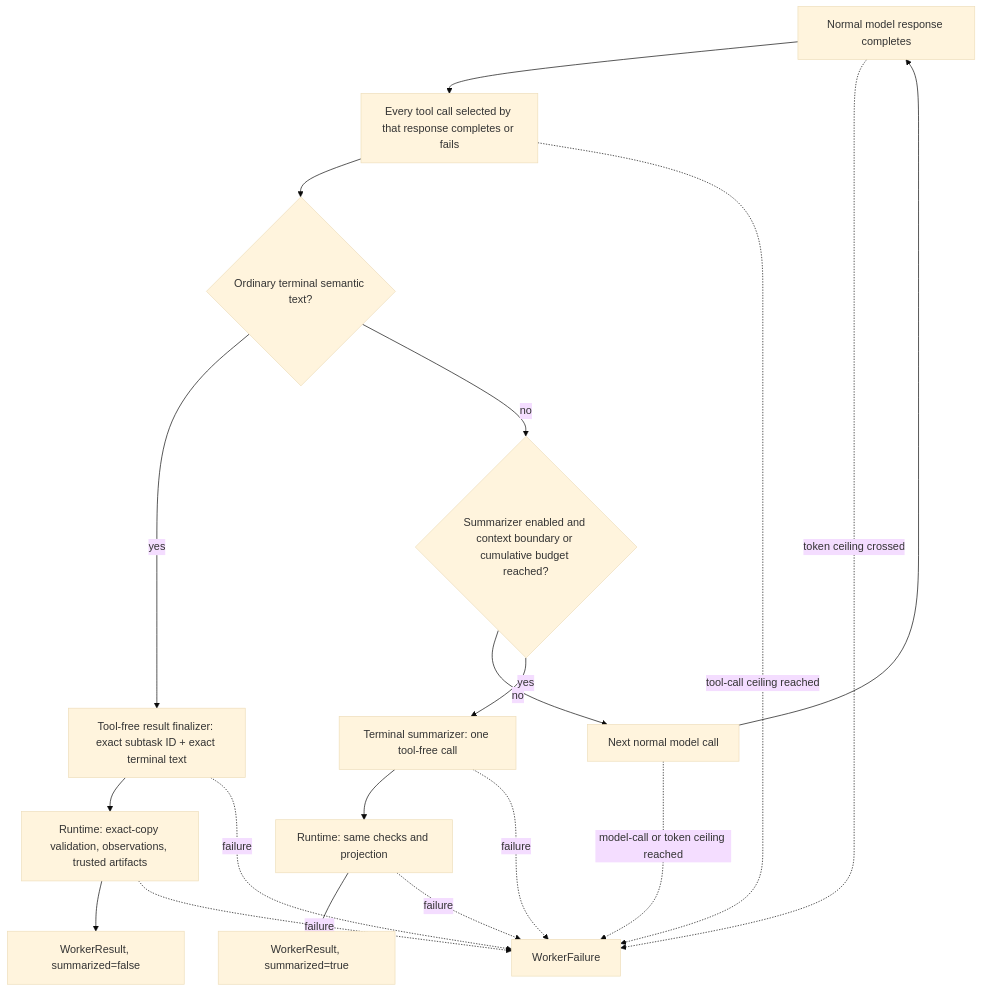
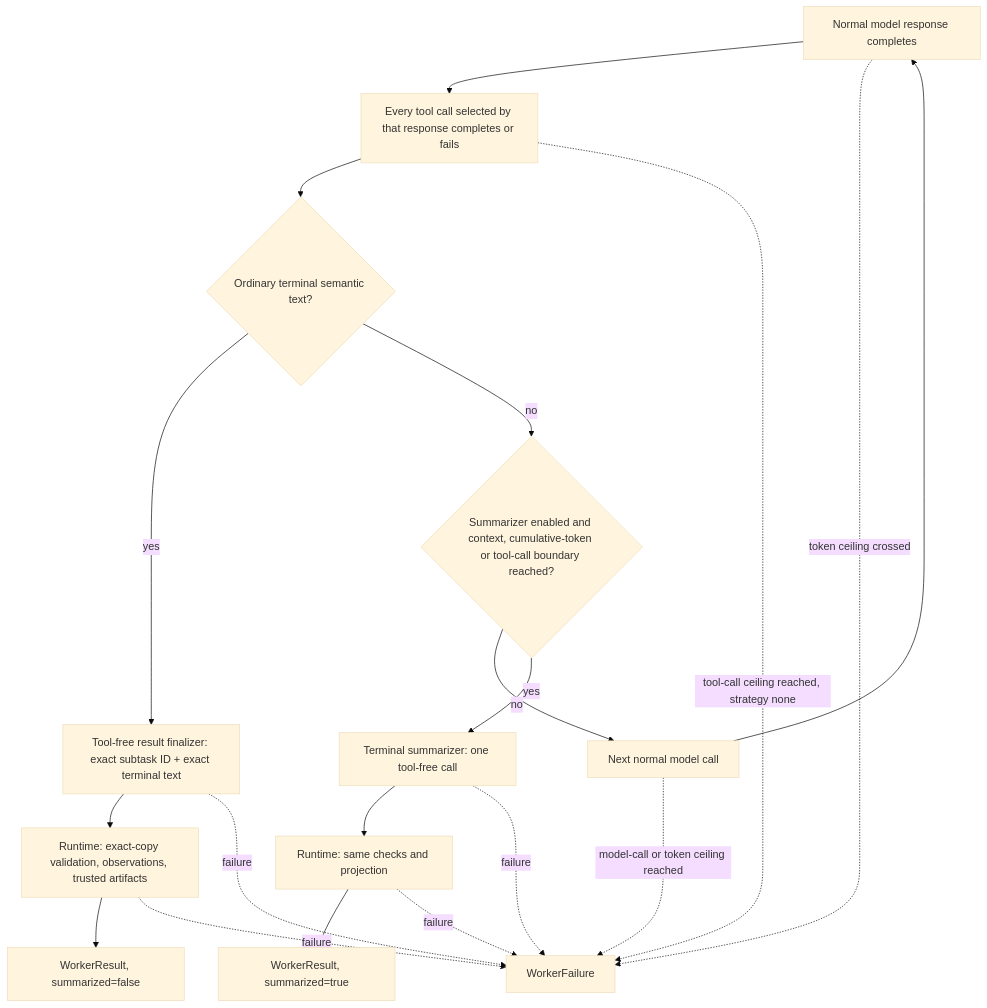
The first of 2 diagrams in docs/spec/execution/worker.md (grauwolf32/contractor), drawn with Mermaid (base theme) before and after one commit. The commit also changed other lines of this file and 21 other files, not shown here.

First line of the commit message:
feat(worker): trigger context management at tool-call limits

````diff
--- a/docs/spec/execution/worker.md
+++ b/docs/spec/execution/worker.md
@@ -121,21 +121,21 @@
 ```mermaid
 flowchart TD
     resp["Normal model response completes"] --> tools["Every tool call selected by that response completes or fails"]
     tools --> text{"Ordinary terminal semantic text?"}
     text -- yes --> fin["Tool-free result finalizer: exact subtask ID + exact terminal text"]
     fin --> val["Runtime: exact-copy validation, observations, trusted artifacts"]
     val --> res1["WorkerResult, summarized=false"]
-    text -- no --> soft{"Summarizer enabled and context boundary or cumulative budget reached?"}
+    text -- no --> soft{"Summarizer enabled and context, cumulative-token or tool-call boundary reached?"}
     soft -- no --> next["Next normal model call"]
     next --> resp
     soft -- yes --> sum["Terminal summarizer: one tool-free call"]
     sum --> val2["Runtime: same checks and projection"]
     val2 --> res2["WorkerResult, summarized=true"]
     resp -.->|"token ceiling crossed"| fail["WorkerFailure"]
-    tools -.->|"tool-call ceiling reached"| fail
+    tools -.->|"tool-call ceiling reached, strategy none"| fail
     next -.->|"model-call or token ceiling reached"| fail
     fin -. failure .-> fail
     val -. failure .-> fail
     sum -. failure .-> fail
     val2 -. failure .-> fail
 ```
````
